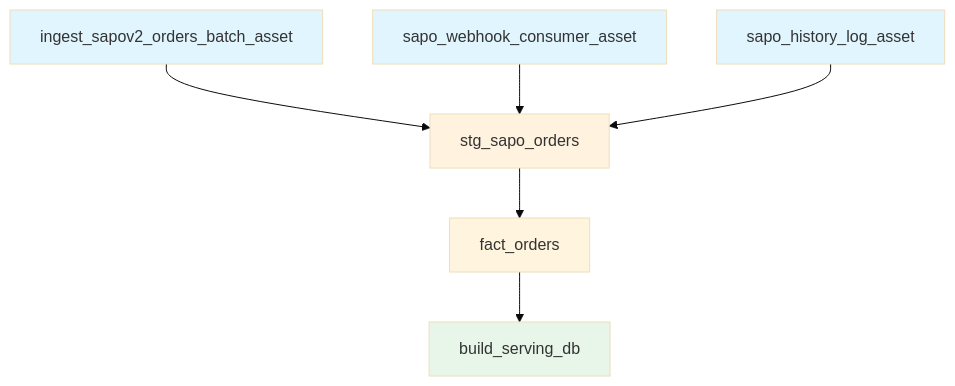
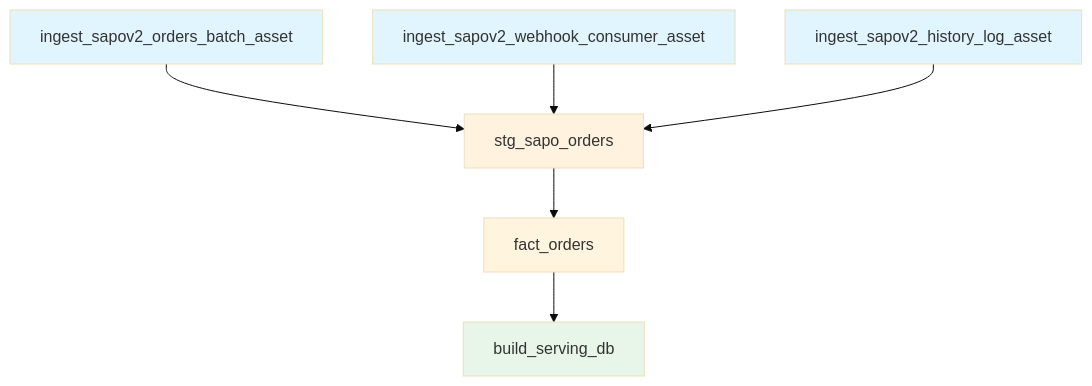
One commit to vantt/data-integration changed the diagram in orchestration/docs/ASSETS.md. Above: the diagram before and after it, drawn with Mermaid (base theme). The commit also changed other lines of this file and 32 other files, not shown here.

Commit message:
refactor(orchestration): rename sapo ingest assets, serving assets, and sapo pipeline jobs

````diff
--- a/orchestration/docs/ASSETS.md
+++ b/orchestration/docs/ASSETS.md
@@ -123,29 +123,29 @@
 ```mermaid
 graph TD
     %% Ingestion
     Batch[ingest_sapov2_orders_batch_asset]
-    Webhook[sapo_webhook_consumer_asset]
-    History[sapo_history_log_asset]
+    Webhook[ingest_sapov2_webhook_consumer_asset]
+    History[ingest_sapov2_history_log_asset]
 
     %% Staging (The Convergence Point)
     Staging[stg_sapo_orders]
 
     %% Downstream
     Fact[fact_orders]
     Serving[build_serving_db]
 
     %% Flows
     Batch --> Staging
     Webhook --> Staging
     History --> Staging
 
     Staging --> Fact
     Fact --> Serving
 
     %% Styling
     style Batch fill:#e1f5fe
     style Webhook fill:#e1f5fe
     style History fill:#e1f5fe
     style Staging fill:#fff3e0
     style Serving fill:#e8f5e9
 ```
````
